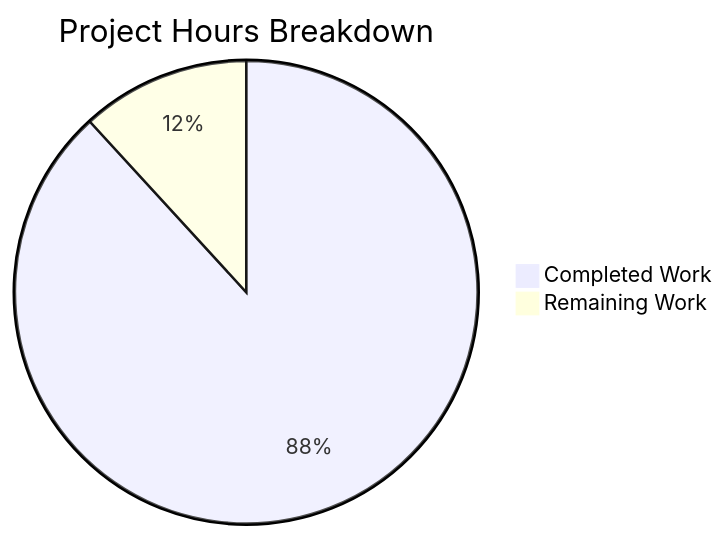
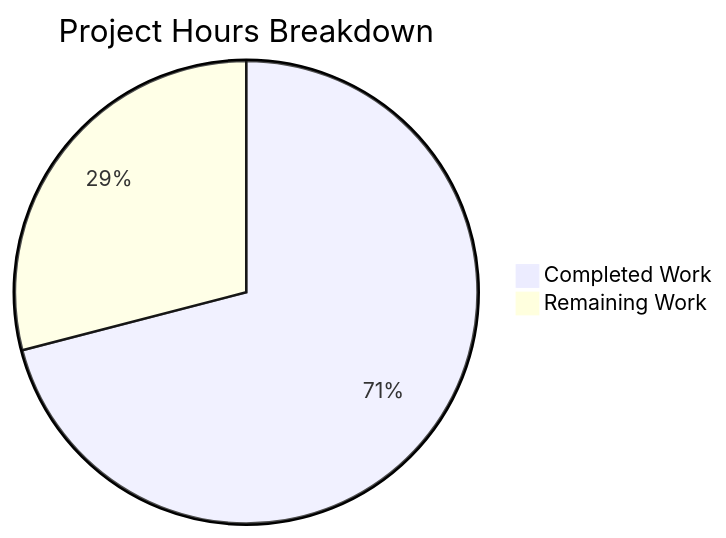
Before and after one commit to Blitzy-Sandbox/blitzy-formbricks: the second of 2 diagrams in blitzy/documentation/Project Guide.md, drawn with Mermaid. The commit also changed other lines of this file, not shown here.

Commit message:
Adding Blitzy Project Guide: Project Status and Human Tasks Remaining

````diff
--- a/blitzy/documentation/Project Guide.md
+++ b/blitzy/documentation/Project Guide.md
@@ -225,5 +212,5 @@
 ```mermaid
 pie title Project Hours Breakdown
-    "Completed Work" : 127
-    "Remaining Work" : 17
+    "Completed Work" : 44
+    "Remaining Work" : 18
 ```
````
